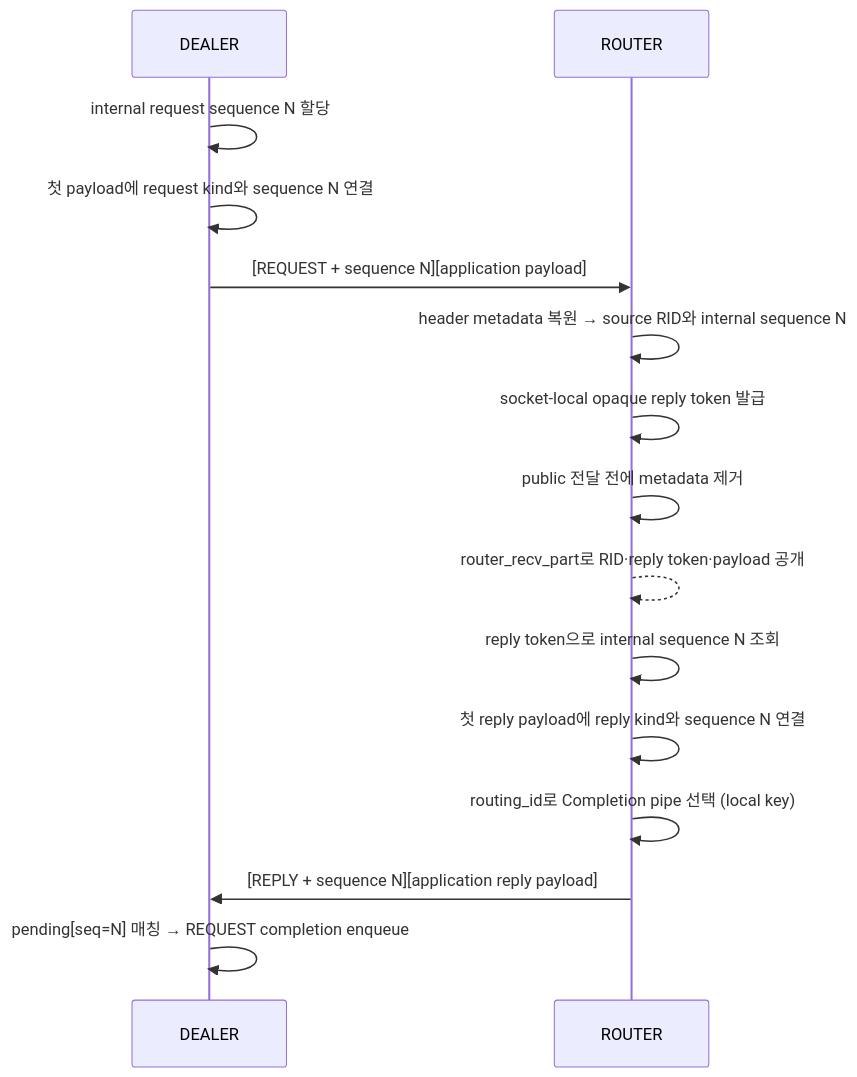
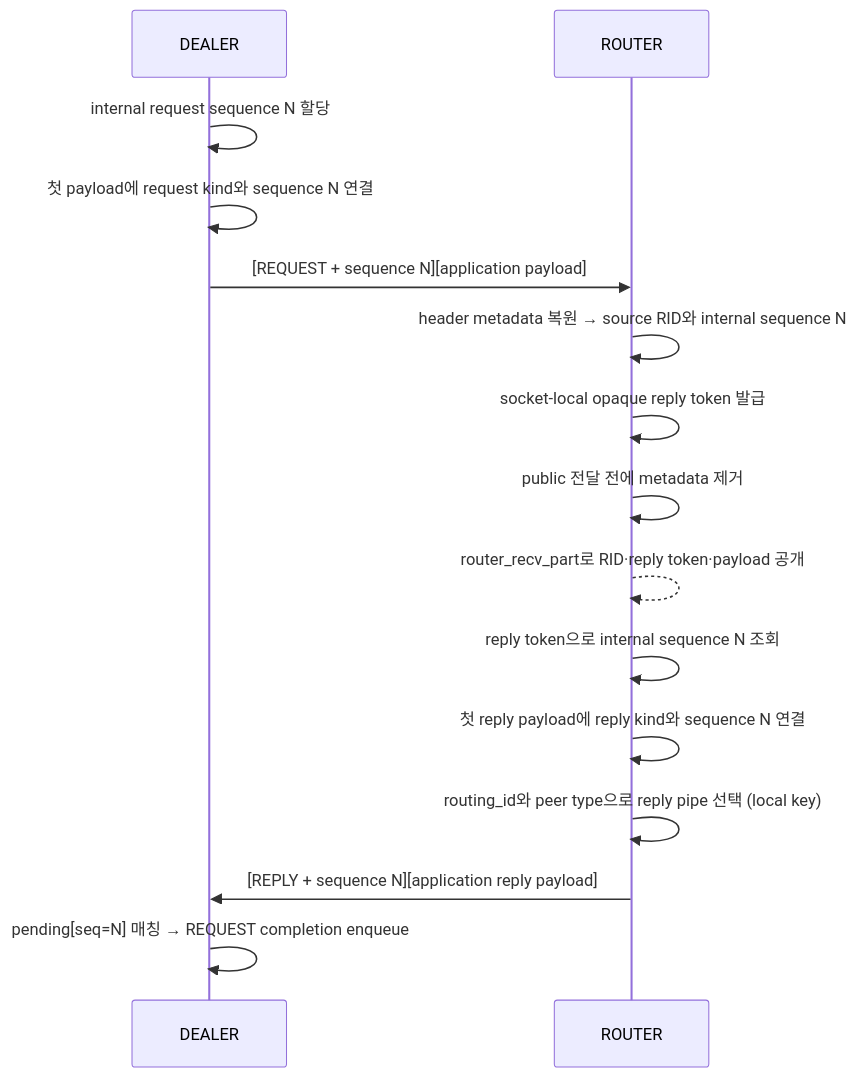
Before and after one commit to zlink-systems/zlink: the second of 2 diagrams in core/doc/spec/core/protocol/01-zmp.ko.md, drawn with Mermaid. The commit also changed other lines of this file and 69 other files, not shown here.

````diff
--- a/core/doc/spec/core/protocol/01-zmp.ko.md
+++ b/core/doc/spec/core/protocol/01-zmp.ko.md
@@ -267,18 +298,18 @@
 ```mermaid
 sequenceDiagram
     participant D as DEALER
     participant R as ROUTER
 
     D->>D: internal request sequence N 할당
     D->>D: 첫 payload에 request kind와 sequence N 연결
     D->>R: [REQUEST + sequence N][application payload]
     R->>R: header metadata 복원 → source RID와 internal sequence N
     R->>R: socket-local opaque reply token 발급
     R->>R: public 전달 전에 metadata 제거
     R-->>R: router_recv_part로 RID·reply token·payload 공개
     R->>R: reply token으로 internal sequence N 조회
     R->>R: 첫 reply payload에 reply kind와 sequence N 연결
-    R->>R: routing_id로 Completion pipe 선택 (local key)
+    R->>R: routing_id와 peer type으로 reply pipe 선택 (local key)
     R->>D: [REPLY + sequence N][application reply payload]
     D->>D: pending[seq=N] 매칭 → REQUEST completion enqueue
 ```
````
